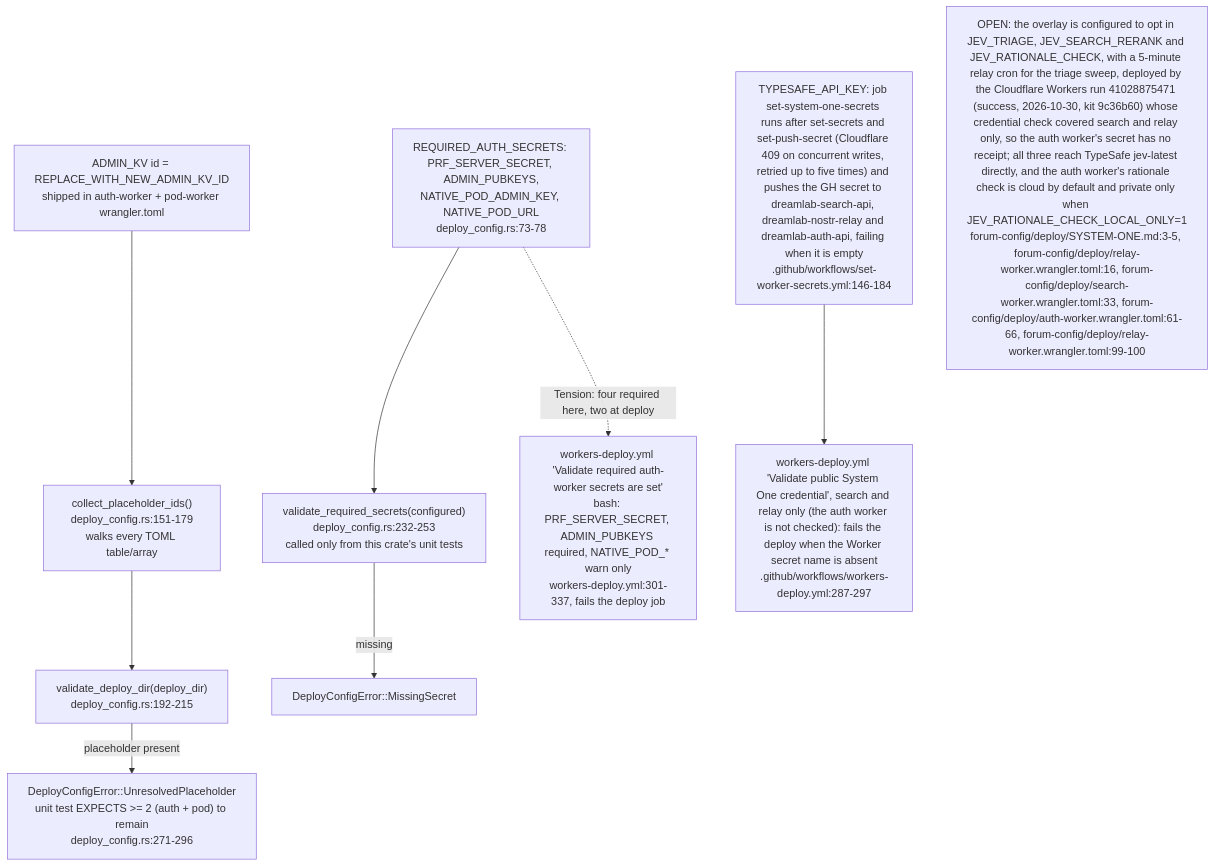
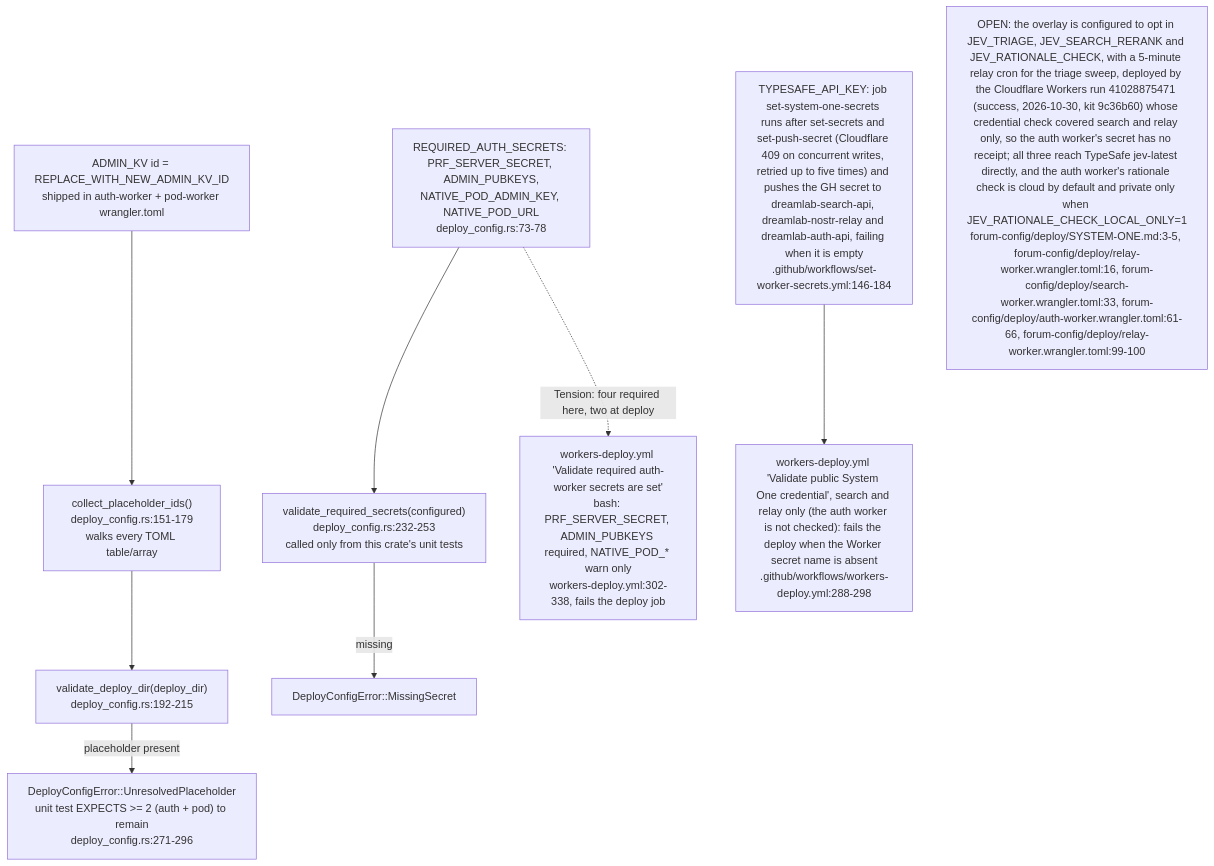
The seventh of 11 diagrams in docs/diagrams/dreamlab-ai-website/03-forum-config-overlay-zones-admin-kv-sync.md (DreamLab-AI/VisionFlow), drawn with Mermaid before and after one commit. The commit also changed other lines of this file and 8 other files, not shown here.

First line of the commit message:
diagrams(dreamlab-ai-website): re-verify DW-01..08 and DW-10 at e255b2b

````diff
--- a/docs/diagrams/dreamlab-ai-website/03-forum-config-overlay-zones-admin-kv-sync.md
+++ b/docs/diagrams/dreamlab-ai-website/03-forum-config-overlay-zones-admin-kv-sync.md
@@ -168,12 +168,12 @@
 ```mermaid
 flowchart TB
     KVID["ADMIN_KV id = REPLACE_WITH_NEW_ADMIN_KV_ID<br/>shipped in auth-worker + pod-worker wrangler.toml"] --> SCAN["collect_placeholder_ids()<br/>deploy_config.rs:151-179<br/>walks every TOML table/array"]
     SCAN --> DETECT["validate_deploy_dir(deploy_dir)<br/>deploy_config.rs:192-215"]
     DETECT -->|placeholder present| FAIL1["DeployConfigError::UnresolvedPlaceholder<br/>unit test EXPECTS >= 2 (auth + pod) to remain<br/>deploy_config.rs:271-296"]
     SECRETS["REQUIRED_AUTH_SECRETS: PRF_SERVER_SECRET, ADMIN_PUBKEYS,<br/>NATIVE_POD_ADMIN_KEY, NATIVE_POD_URL<br/>deploy_config.rs:73-78"] --> CHECK["validate_required_secrets(configured)<br/>deploy_config.rs:232-253<br/>called only from this crate's unit tests"]
     CHECK -->|missing| FAIL2["DeployConfigError::MissingSecret"]
-    DEPLOYSTEP["workers-deploy.yml 'Validate required auth-worker secrets are set'<br/>bash: PRF_SERVER_SECRET, ADMIN_PUBKEYS required, NATIVE_POD_* warn only<br/>workers-deploy.yml:301-337, fails the deploy job"]
+    DEPLOYSTEP["workers-deploy.yml 'Validate required auth-worker secrets are set'<br/>bash: PRF_SERVER_SECRET, ADMIN_PUBKEYS required, NATIVE_POD_* warn only<br/>workers-deploy.yml:302-338, fails the deploy job"]
     SECRETS -.->|"Tension: four required here, two at deploy"| DEPLOYSTEP
-    SUBQ["TYPESAFE_API_KEY: job set-system-one-secrets runs after set-secrets and set-push-secret (Cloudflare 409 on concurrent writes, retried up to five times) and pushes the GH secret to dreamlab-search-api, dreamlab-nostr-relay and dreamlab-auth-api, failing when it is empty<br/>.github/workflows/set-worker-secrets.yml:146-184"] --> SUBQCHK["workers-deploy.yml 'Validate public System One credential', search and relay only (the auth worker is not checked): fails the deploy when the Worker secret name is absent<br/>.github/workflows/workers-deploy.yml:287-297"]
+    SUBQ["TYPESAFE_API_KEY: job set-system-one-secrets runs after set-secrets and set-push-secret (Cloudflare 409 on concurrent writes, retried up to five times) and pushes the GH secret to dreamlab-search-api, dreamlab-nostr-relay and dreamlab-auth-api, failing when it is empty<br/>.github/workflows/set-worker-secrets.yml:146-184"] --> SUBQCHK["workers-deploy.yml 'Validate public System One credential', search and relay only (the auth worker is not checked): fails the deploy when the Worker secret name is absent<br/>.github/workflows/workers-deploy.yml:288-298"]
     OPTIN["OPEN: the overlay is configured to opt in JEV_TRIAGE, JEV_SEARCH_RERANK and JEV_RATIONALE_CHECK, with a 5-minute relay cron for the triage sweep, deployed by the Cloudflare Workers run 41028875471 (success, 2026-10-30, kit 9c36b60) whose credential check covered search and relay only, so the auth worker's secret has no receipt; all three reach TypeSafe jev-latest directly, and the auth worker's rationale check is cloud by default and private only when JEV_RATIONALE_CHECK_LOCAL_ONLY=1<br/>forum-config/deploy/SYSTEM-ONE.md:3-5, forum-config/deploy/relay-worker.wrangler.toml:16, forum-config/deploy/search-worker.wrangler.toml:33, forum-config/deploy/auth-worker.wrangler.toml:61-66, forum-config/deploy/relay-worker.wrangler.toml:99-100"]
 ```
````
